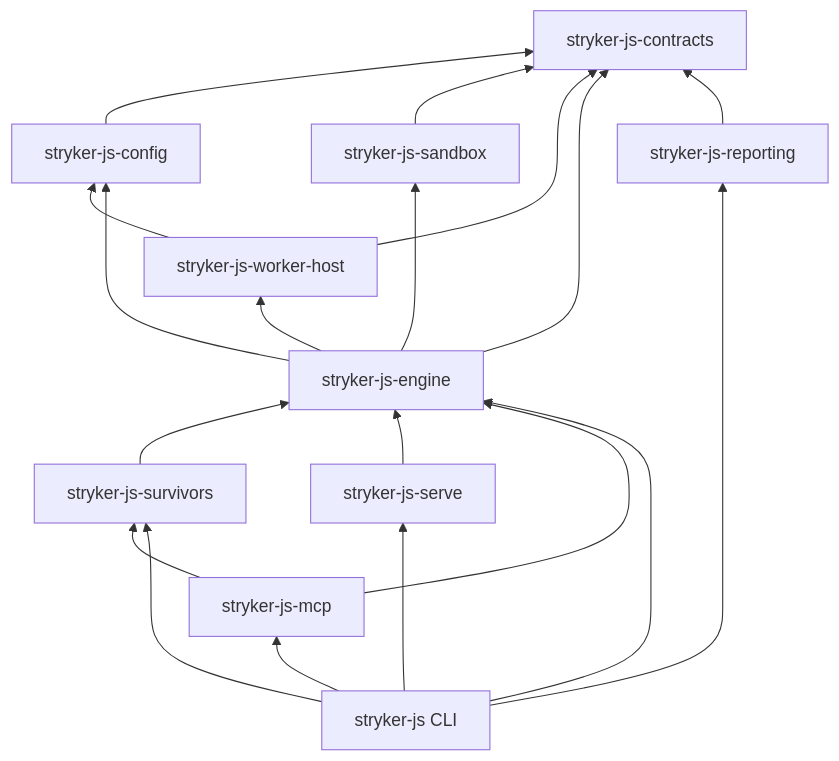
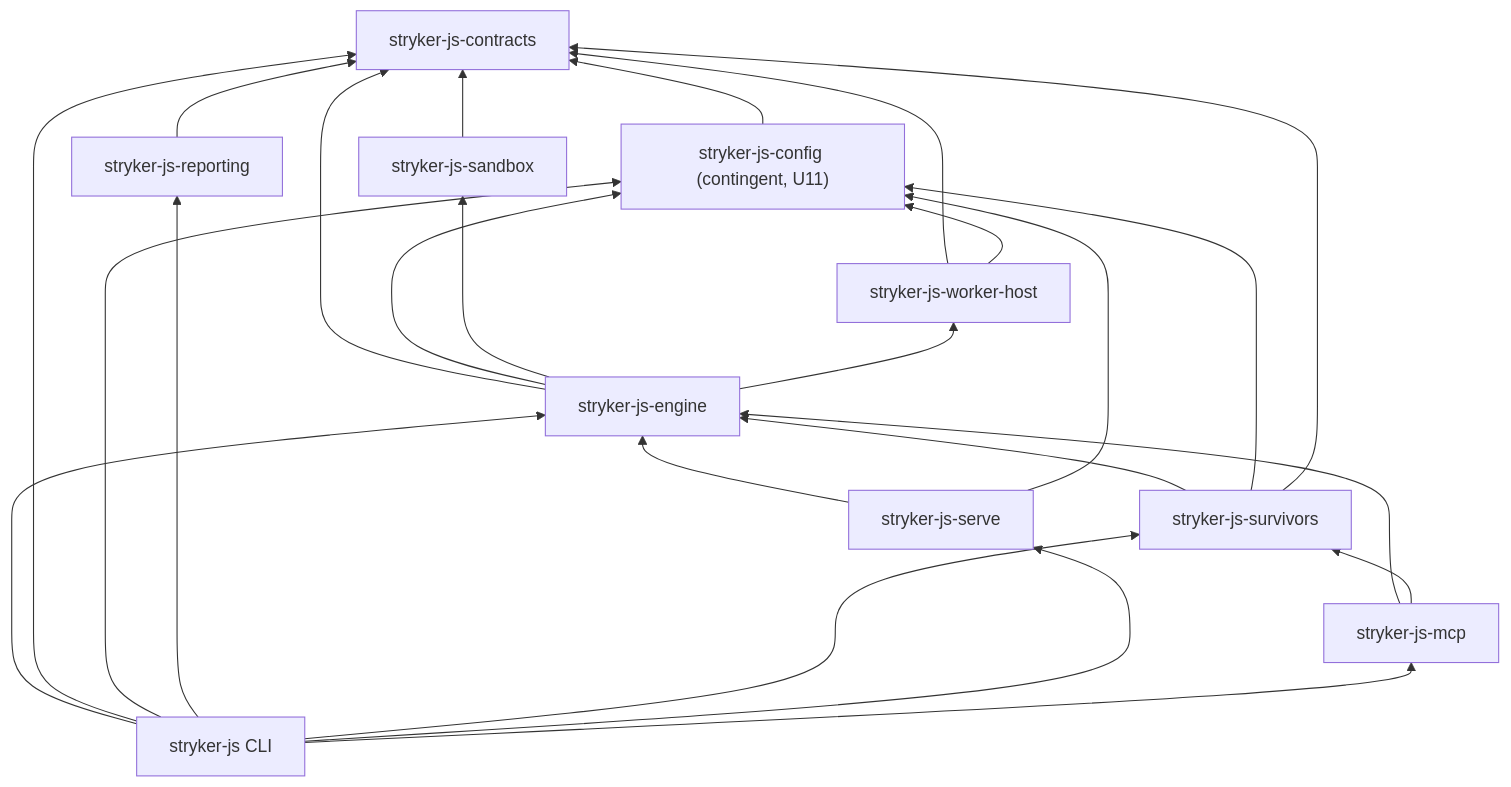
Before and after one commit to systemfsoftware/stryker-js-effect: the diagram in docs/plans/2026-10-09-1848-refactor-ports-split-capability-packages-plan.md, drawn with Mermaid. The commit also changed other lines of this file, not shown here.

````diff
--- a/docs/plans/2026-10-09-1848-refactor-ports-split-capability-packages-plan.md
+++ b/docs/plans/2026-10-09-1848-refactor-ports-split-capability-packages-plan.md
@@ -114,22 +118,27 @@
 ```mermaid
 flowchart BT
   contracts[stryker-js-contracts]
-  config[stryker-js-config] --> contracts
+  config["stryker-js-config (contingent, U11)"] --> contracts
   sandbox[stryker-js-sandbox] --> contracts
   workerhost[stryker-js-worker-host] --> contracts
   workerhost --> config
   engine[stryker-js-engine] --> contracts
   engine --> config
   engine --> sandbox
   engine --> workerhost
   reporting[stryker-js-reporting] --> contracts
   survivors[stryker-js-survivors] --> engine
+  survivors --> config
+  survivors --> contracts
   serve[stryker-js-serve] --> engine
+  serve --> config
   mcp[stryker-js-mcp] --> engine
   mcp --> survivors
   cli[stryker-js CLI] --> engine
+  cli --> contracts
+  cli --> config
   cli --> reporting
   cli --> survivors
   cli --> serve
   cli --> mcp
 ```
````
